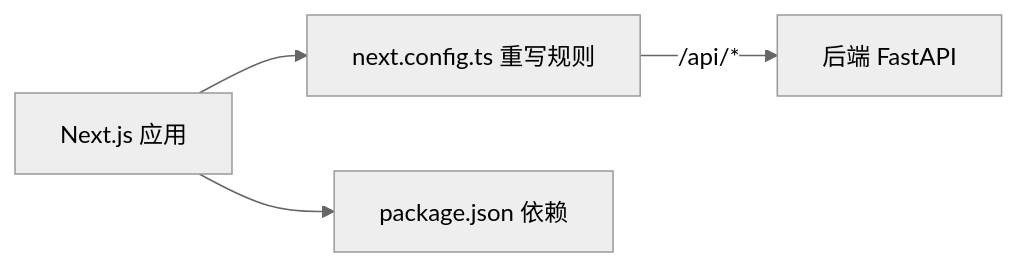
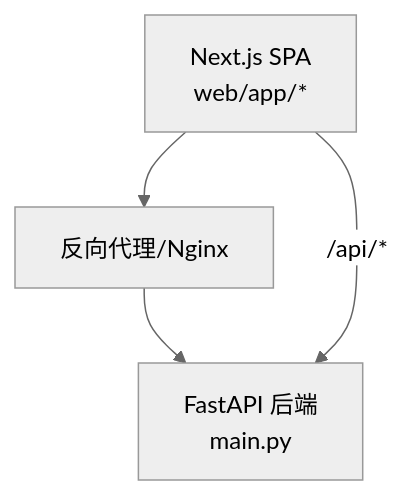
Before and after one commit to iammm0/advanced-rag: the eighth of 9 diagrams in .qoder/repowiki/zh/content/系统架构/系统架构.md, drawn with Mermaid (neutral theme). The commit also changed other lines of this file and 233 other files, not shown here.

````diff
--- a/.qoder/repowiki/zh/content/系统架构/系统架构.md
+++ b/.qoder/repowiki/zh/content/系统架构/系统架构.md
@@ -292,6 +327,6 @@
 ```mermaid
-flowchart LR
-FE["Next.js 应用"] --> RC["next.config.ts 重写规则"]
-RC --> |/api/*| BE["后端 FastAPI"]
-FE --> PKG["package.json 依赖"]
+graph TB
+FE["Next.js SPA<br/>web/app/*"] --> NGINX["反向代理/Nginx"]
+NGINX --> BE["FastAPI 后端<br/>main.py"]
+FE --> |/api/*| BE
 ```
````
